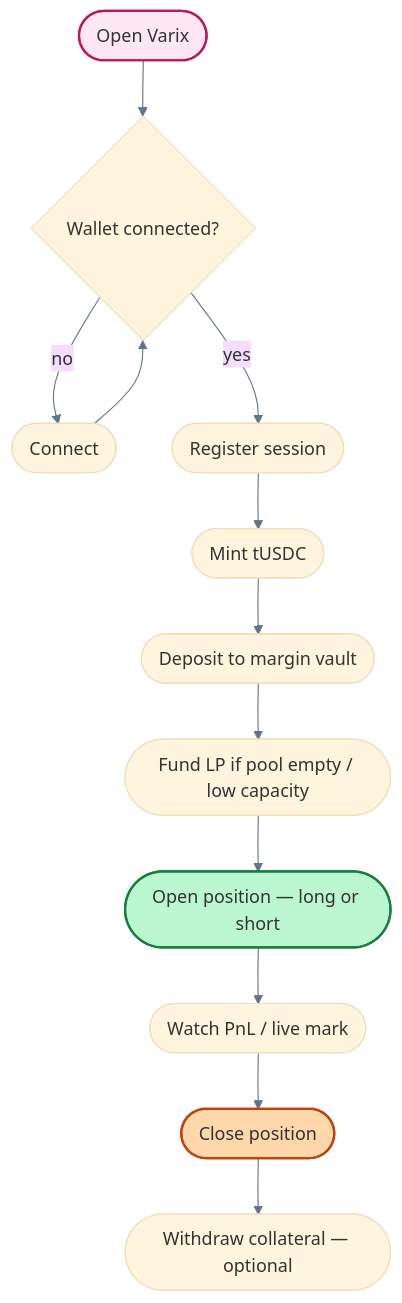
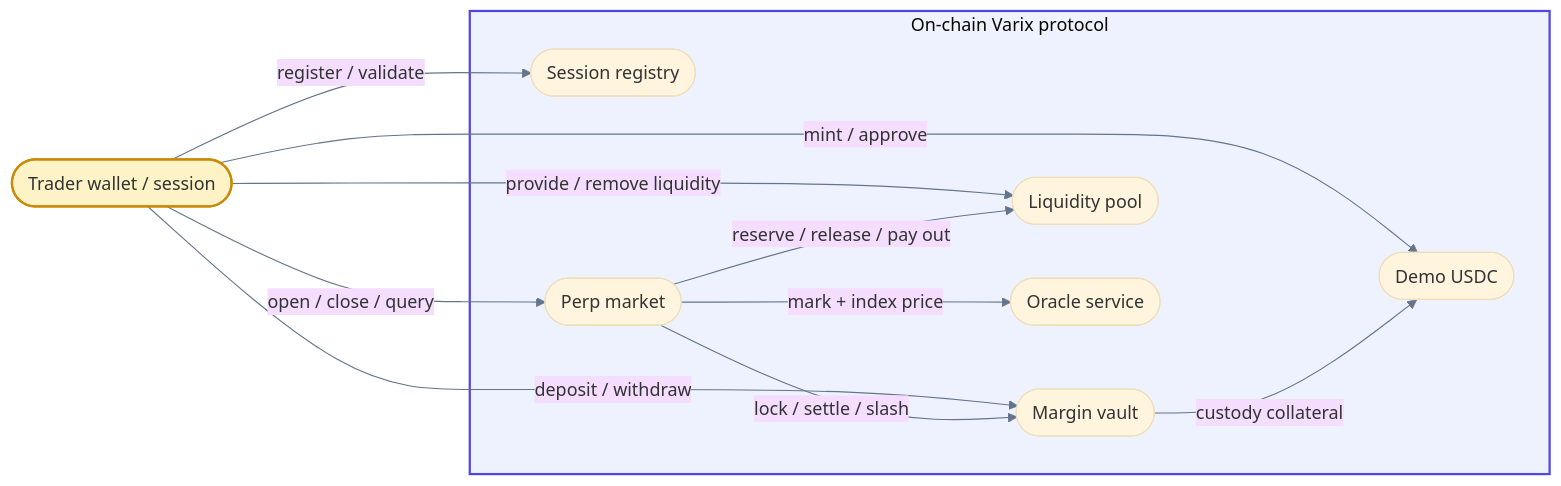
One commit to Adityaakr/varix-perps changed the third of 6 diagrams in README.md. Above: the diagram before and after it, drawn with Mermaid. The commit also changed other lines of this file, not shown here.

Commit message:
Rewrite README for product architecture

````diff
--- a/README.md
+++ b/README.md
@@ -283,23 +235,40 @@
 ```mermaid
 %%{init: {
   "theme": "base",
-  "themeVariables": { "lineColor": "#64748b" },
-  "flowchart": { "curve": "basis", "padding": 20 }
+  "themeVariables": {
+    "fontFamily": "ui-sans-serif, system-ui, sans-serif",
+    "lineColor": "#64748b"
+  },
+  "flowchart": {
+    "curve": "basis",
+    "padding": 18,
+    "nodeSpacing": 48,
+    "rankSpacing": 64
+  }
 }}%%
-flowchart TD
-  A([Open Varix]) --> B{Wallet connected?}
-  B -->|no| B1([Connect])
-  B1 --> B
-  B -->|yes| C([Register session])
-  C --> D([Mint tUSDC])
-  D --> E([Deposit to margin vault])
-  E --> F([Fund LP if pool empty / low capacity])
-  F --> G([Open position — long or short])
-  G --> H([Watch PnL / live mark])
-  H --> I([Close position])
-  I --> J([Withdraw collateral — optional])
+flowchart LR
+  TRADER([Trader wallet / session])
 
-  style A fill:#fce7f3,stroke:#be185d,stroke-width:2px
-  style G fill:#bbf7d0,stroke:#15803d,stroke-width:2px
-  style I fill:#fed7aa,stroke:#c2410c,stroke-width:2px
+  subgraph CORE["On-chain Varix protocol"]
+    REG([Session registry])
+    TOK([Demo USDC])
+    V([Margin vault])
+    L([Liquidity pool])
+    O([Oracle service])
+    P([Perp market])
+  end
+
+  TRADER -->|register / validate| REG
+  TRADER -->|mint / approve| TOK
+  TRADER -->|deposit / withdraw| V
+  TRADER -->|provide / remove liquidity| L
+  TRADER -->|open / close / query| P
+
+  P -->|lock / settle / slash| V
+  P -->|reserve / release / pay out| L
+  P -->|mark + index price| O
+  V -->|custody collateral| TOK
+
+  style TRADER fill:#fef3c7,stroke:#ca8a04,stroke-width:2px
+  style CORE fill:#eef2ff,stroke:#4f46e5,stroke-width:2px
 ```
````
